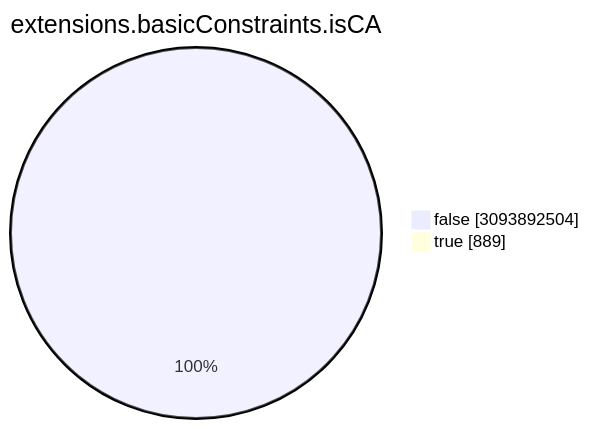
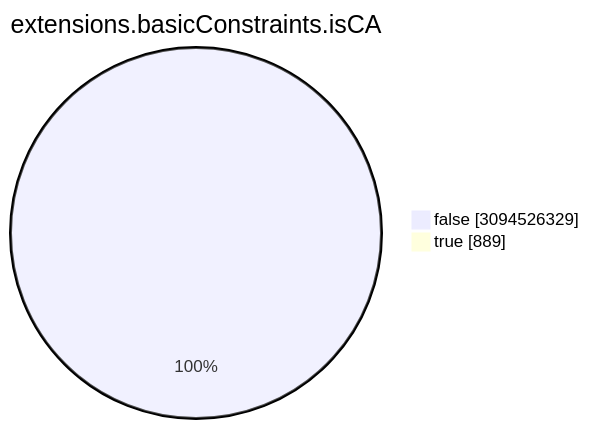
One commit to christiankrug/ctmonitor_visualization changed the seventh of 15 diagrams in TOTAL/README.md. Above: the diagram before and after it, drawn with Mermaid. The commit also changed other lines of this file, not shown here.

````diff
--- a/TOTAL/README.md
+++ b/TOTAL/README.md
@@ -3088,6 +3088,6 @@
 ```mermaid
 pie showData
 title extensions.basicConstraints.isCA
-"false" :3093892504
+"false" :3094526329
 "true" :889
 ```
````
